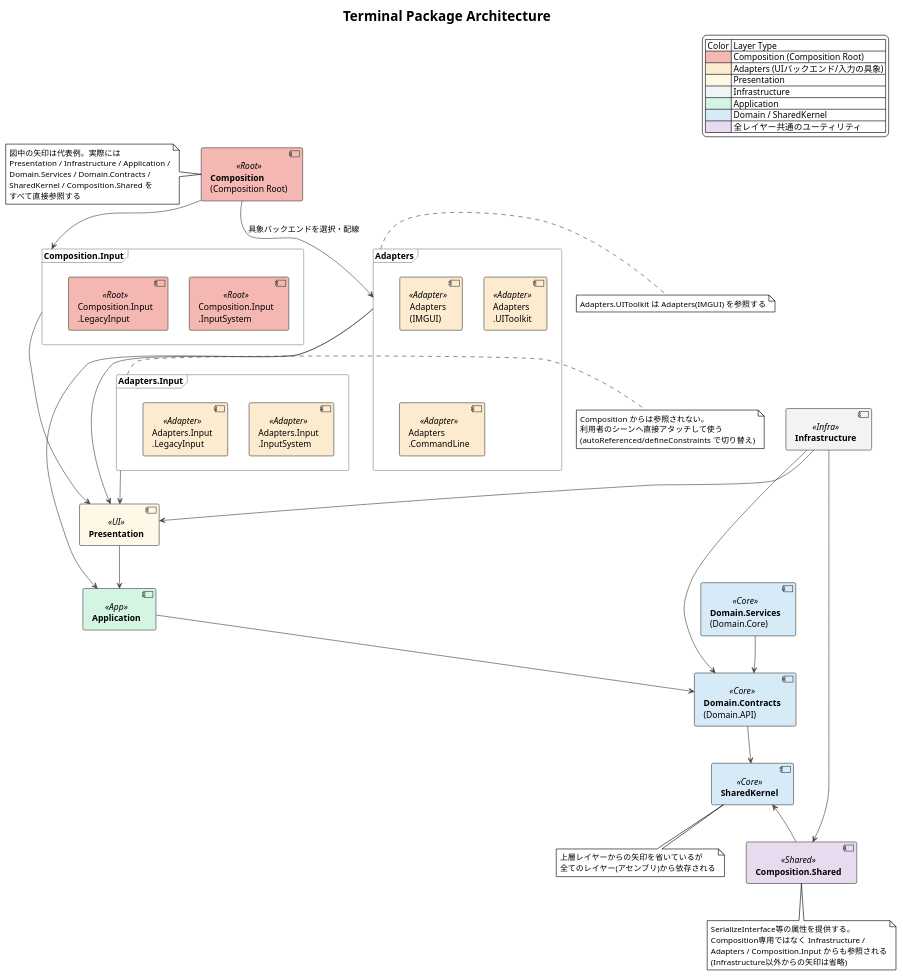
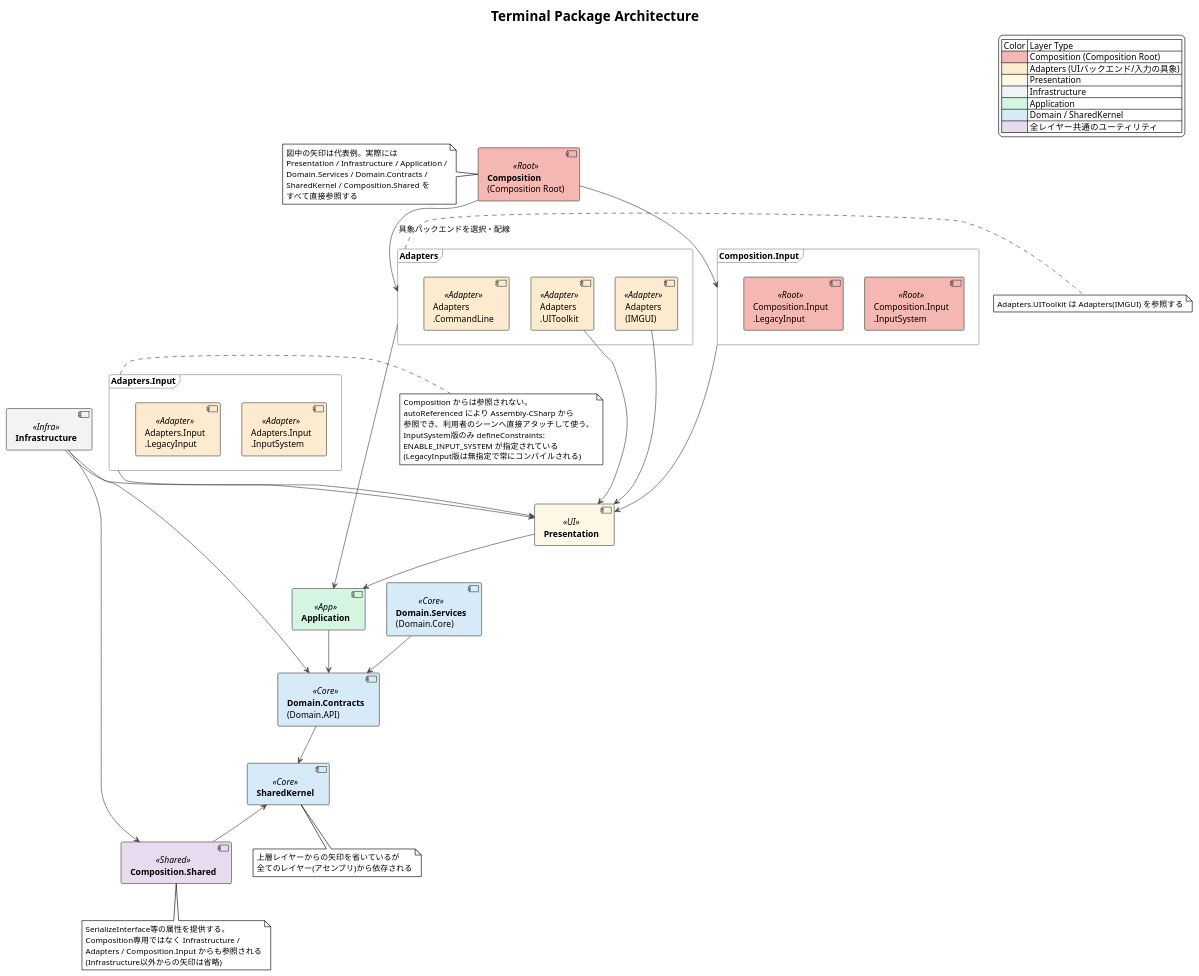
One commit to YuukiReiya/YukimaruGames.Unity-Terminal changed the diagram in docs/diagrams/Architecture/architecture.puml. Above: the diagram before and after it, drawn with PlantUML. The commit also changed 1 other file, not shown here.

```diff
--- a/docs/diagrams/Architecture/architecture.puml
+++ b/docs/diagrams/Architecture/architecture.puml
@@ -1,116 +1,122 @@
 @startuml
 !theme plain
 title Terminal Package Architecture
 
 ' === Color Palette & Style ===
 skinparam component {
   ArrowColor #444444
   BorderColor #444444
   BackgroundColor<<Root>> #F5B7B1
   BackgroundColor<<Adapter>> #FDEBD0
   BackgroundColor<<UI>> #FEF9E7
   BackgroundColor<<Infra>> #F2F3F4
   BackgroundColor<<App>> #D5F5E3
   BackgroundColor<<Core>> #D6EAF8
   BackgroundColor<<Shared>> #E8DAEF
 }
 skinparam frame {
   BorderColor #888888
 }
 
 ' === Legend ===
 legend top right
   | Color | Layer Type |
   |<#F5B7B1>| Composition (Composition Root) |
   |<#FDEBD0>| Adapters (UIバックエンド/入力の具象) |
   |<#FEF9E7>| Presentation |
   |<#F2F3F4>| Infrastructure |
   |<#D5F5E3>| Application |
   |<#D6EAF8>| Domain / SharedKernel |
   |<#E8DAEF>| 全レイヤー共通のユーティリティ |
 end legend
 
 ' === Components (Assemblies) ===
 component "<b>Composition</b>\n(Composition Root)" as Composition <<Root>>
 
 frame "<b>Adapters</b>" as AdapterFrame {
   component "Adapters\n(IMGUI)" as Adapters <<Adapter>>
   component "Adapters\n.UIToolkit" as AdaptersUIToolkit <<Adapter>>
   component "Adapters\n.CommandLine" as AdaptersCommandLine <<Adapter>>
 }
 
 frame "<b>Adapters.Input</b>" as AdapterInputFrame {
   component "Adapters.Input\n.InputSystem" as AdaptersInputSystem <<Adapter>>
   component "Adapters.Input\n.LegacyInput" as AdaptersLegacyInput <<Adapter>>
 }
 
 frame "<b>Composition.Input</b>" as CompositionInputFrame {
   component "Composition.Input\n.InputSystem" as CompositionInputSystem <<Root>>
   component "Composition.Input\n.LegacyInput" as CompositionLegacyInput <<Root>>
 }
 
 component "<b>Presentation</b>" as Presentation <<UI>>
 component "<b>Infrastructure</b>" as Infrastructure <<Infra>>
 component "<b>Application</b>" as Application <<App>>
 component "<b>Domain.Services</b>\n(Domain.Core)" as DomainServices <<Core>>
 component "<b>Domain.Contracts</b>\n(Domain.API)" as DomainContracts <<Core>>
 component "<b>SharedKernel</b>" as SharedKernel <<Core>>
 component "<b>Composition.Shared</b>" as CompositionShared <<Shared>>
 
 note right of AdapterFrame
   Adapters.UIToolkit は Adapters(IMGUI) を参照する
 end note
 
 note right of AdapterInputFrame
   Composition からは参照されない。
-  利用者のシーンへ直接アタッチして使う
-  (autoReferenced/defineConstraints で切り替え)
+  autoReferenced により Assembly-CSharp から
+  参照でき、利用者のシーンへ直接アタッチして使う。
+  InputSystem版のみ defineConstraints:
+  ENABLE_INPUT_SYSTEM が指定されている
+  (LegacyInput版は無指定で常にコンパイルされる)
 end note
 
 note bottom of SharedKernel
   上層レイヤーからの矢印を省いているが
   全てのレイヤー(アセンブリ)から依存される
 end note
 
 note bottom of CompositionShared
   SerializeInterface等の属性を提供する。
   Composition専用ではなく Infrastructure /
   Adapters / Composition.Input からも参照される
   (Infrastructure以外からの矢印は省略)
 end note
 
 note left of Composition
   図中の矢印は代表例。実際には
   Presentation / Infrastructure / Application /
   Domain.Services / Domain.Contracts /
   SharedKernel / Composition.Shared を
   すべて直接参照する
 end note
 
 ' === Layout hints ===
 Composition -[hidden]down-> AdapterFrame
 AdapterFrame -[hidden]down-> Infrastructure
 DomainServices -[hidden]right-> DomainContracts
 SharedKernel -[hidden]right-> CompositionShared
 
 ' === Primary Relationships ===
 Composition -down-> AdapterFrame : 具象バックエンドを選択・配線
 Composition -down-> CompositionInputFrame
 
-AdapterFrame -down-> Presentation
+' Adapters.CommandLine は Presentation を参照しない(SharedKernel/Applicationのみ)ため、
+' Presentationへの矢印はフレーム単位ではなくアセンブリ単位で引く.
+Adapters -down-> Presentation
+AdaptersUIToolkit -down-> Presentation
 AdapterFrame -down-> Application
 AdapterInputFrame -down-> Presentation
 CompositionInputFrame -down-> Presentation
 
 Infrastructure -down-> Presentation
 Infrastructure -down-> DomainContracts
 Infrastructure -right-> CompositionShared
 
 Presentation -down-> Application
 Application -down-> DomainContracts
 DomainServices -down-> DomainContracts
 
 DomainContracts -down-> SharedKernel
 CompositionShared -down-> SharedKernel
 
 @enduml
```
